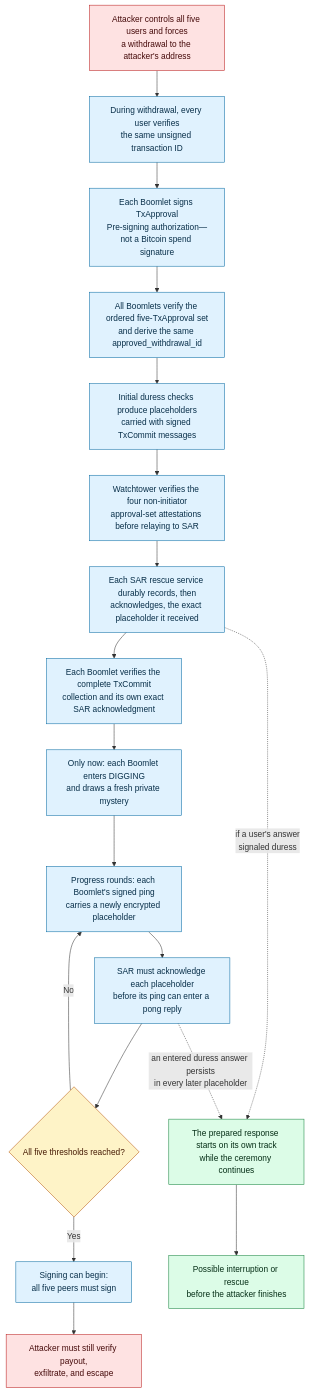
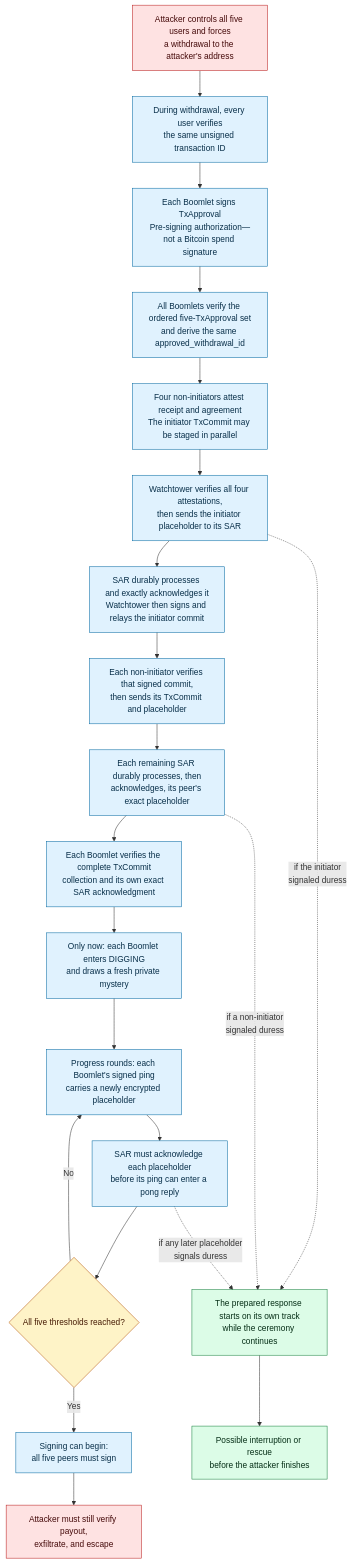
One commit to cogwheel26/boomerang_design changed the second of 6 diagrams in README.md. Above: the diagram before and after it, drawn with Mermaid. The commit also changed other lines of this file and 2 other files, not shown here.

````diff
--- a/README.md
+++ b/README.md
@@ -121,31 +202,34 @@
 ```mermaid
 flowchart TD
     A["Attacker controls all five users and forces<br/>a withdrawal to the attacker's address"] --> T["During withdrawal, every user verifies<br/>the same unsigned transaction ID"]
     T --> A1["Each Boomlet signs TxApproval<br/>Pre-signing authorization—not a Bitcoin spend signature"]
     A1 --> A2["All Boomlets verify the ordered five-TxApproval set<br/>and derive the same approved_withdrawal_id"]
-    A2 --> D["Initial duress checks produce placeholders<br/>carried with signed TxCommit messages"]
-    D --> G["Watchtower verifies the four non-initiator<br/>approval-set attestations before relaying to SAR"]
-    G --> K["Each SAR rescue service durably records, then<br/>acknowledges, the exact placeholder it received"]
+    A2 --> G["Four non-initiators attest receipt and agreement<br/>The initiator TxCommit may be staged in parallel"]
+    G --> I0["Watchtower verifies all four attestations,<br/>then sends the initiator placeholder to its SAR"]
+    I0 --> D["SAR durably processes and exactly acknowledges it<br/>Watchtower then signs and relays the initiator commit"]
+    D --> N["Each non-initiator verifies that signed commit,<br/>then sends its TxCommit and placeholder"]
+    N --> K["Each remaining SAR durably processes, then<br/>acknowledges, its peer's exact placeholder"]
     K --> C["Each Boomlet verifies the complete TxCommit<br/>collection and its own exact SAR acknowledgment"]
     C --> M["Only now: each Boomlet enters DIGGING<br/>and draws a fresh private mystery"]
     M --> R["Progress rounds: each Boomlet's signed ping<br/>carries a newly encrypted placeholder"]
     R --> P["SAR must acknowledge each placeholder<br/>before its ping can enter a pong reply"]
     P --> Q{"All five thresholds reached?"}
     Q -- "No" --> R
     Q -- "Yes" --> S["Signing can begin:<br/>all five peers must sign"]
     S --> V["Attacker must still verify payout,<br/>exfiltrate, and escape"]
 
-    K -. "if a user's answer<br/>signaled duress" .-> X["The prepared response starts on its own track<br/>while the ceremony continues"]
-    P -. "an entered duress answer persists<br/>in every later placeholder" .-> X
+    I0 -. "if the initiator<br/>signaled duress" .-> X["The prepared response starts on its own track<br/>while the ceremony continues"]
+    K -. "if a non-initiator<br/>signaled duress" .-> X
+    P -. "if any later placeholder<br/>signals duress" .-> X
     X --> I["Possible interruption or rescue<br/>before the attacker finishes"]
 
     classDef attacker fill:#fee2e2,stroke:#b91c1c,color:#450a0a
     classDef protocol fill:#e0f2fe,stroke:#0369a1,color:#082f49
     classDef decision fill:#fef3c7,stroke:#b45309,color:#451a03
     classDef response fill:#dcfce7,stroke:#15803d,color:#052e16
     class A attacker
-    class T,A1,A2,D,G,K,C,M,R,P,S protocol
+    class T,A1,A2,D,G,I0,N,K,C,M,R,P,S protocol
     class Q decision
     class X,I response
     class V attacker
 ```
````
